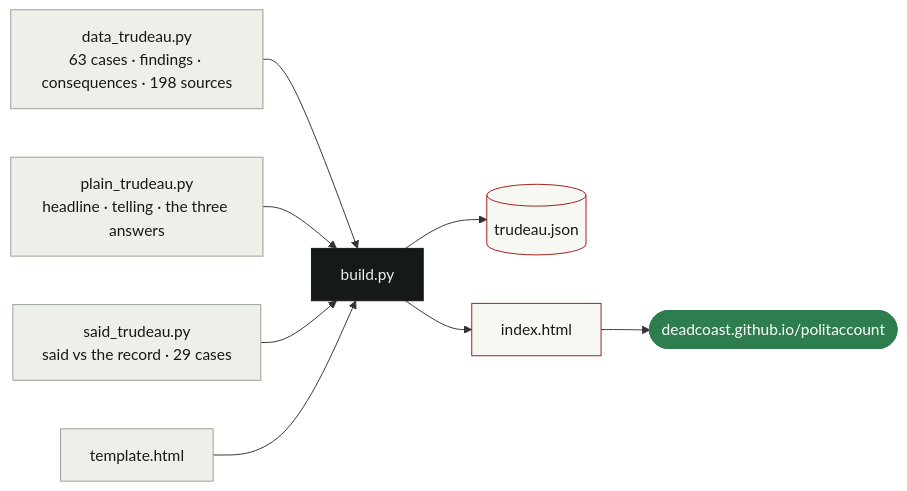
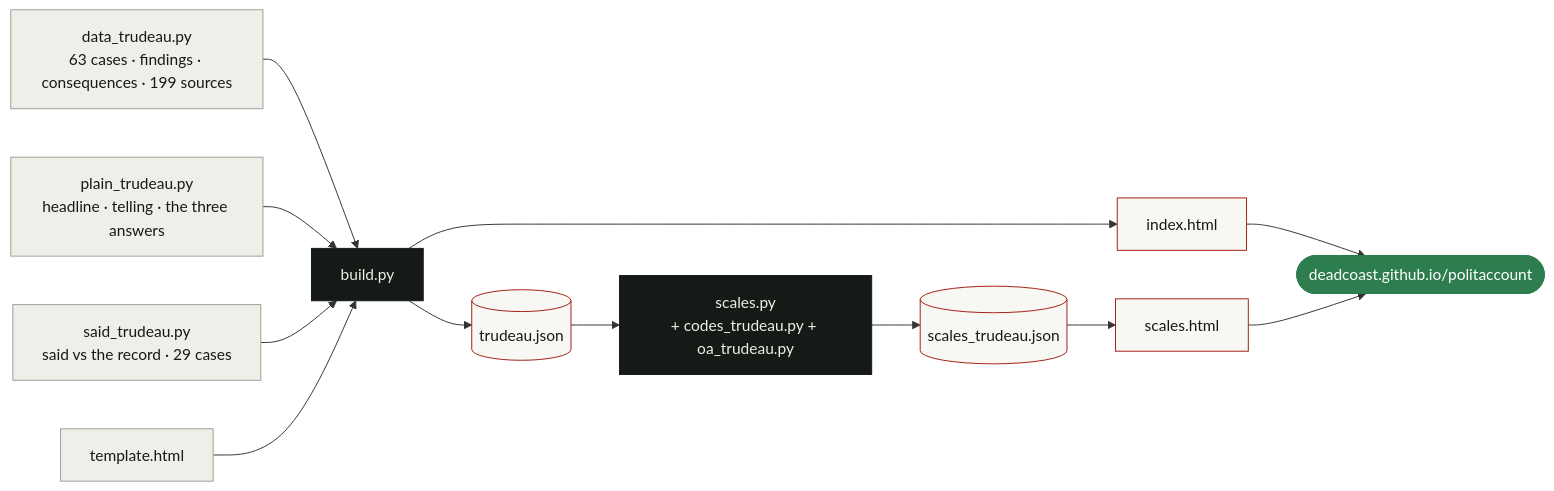
Before and after one commit to deadcoast/politaccount: the third of 3 diagrams in README.md, drawn with Mermaid. The commit also changed other lines of this file and 17 other files, not shown here.

Commit message:
Update Trudeau JSON: Bump version to 1.2.0, increment sources and official_sources, and add new source for fundraising guidelines

````diff
--- a/README.md
+++ b/README.md
@@ -366,18 +384,25 @@
 ```mermaid
 flowchart LR
-    D["data_trudeau.py<br/>63 cases · findings · consequences · 198 sources"] --> B["build.py"]
+    D["data_trudeau.py<br/>63 cases · findings · consequences · 199 sources"] --> B["build.py"]
     P["plain_trudeau.py<br/>headline · telling · the three answers"] --> B
     Q["said_trudeau.py<br/>said vs the record · 29 cases"] --> B
     T["template.html"] --> B
     B --> J[("trudeau.json")]
     B --> H["index.html"]
+    J --> S["scales.py<br/>+ codes_trudeau.py + oa_trudeau.py"]
+    S --> K[("scales_trudeau.json")]
+    K --> L["scales.html"]
     H --> G(["deadcoast.github.io/politaccount"])
+    L --> G
     style D fill:#EDEFE8,stroke:#98A094,color:#151A17
     style P fill:#EDEFE8,stroke:#98A094,color:#151A17
     style Q fill:#EDEFE8,stroke:#98A094,color:#151A17
     style T fill:#EDEFE8,stroke:#98A094,color:#151A17
     style B fill:#151A17,stroke:#151A17,color:#EDEFE8
     style J fill:#F7F8F3,stroke:#A11C15,color:#151A17
     style H fill:#F7F8F3,stroke:#A11C15,color:#151A17
+    style S fill:#151A17,stroke:#151A17,color:#EDEFE8
+    style K fill:#F7F8F3,stroke:#A11C15,color:#151A17
+    style L fill:#F7F8F3,stroke:#A11C15,color:#151A17
     style G fill:#2E7D4F,stroke:#2E7D4F,color:#ffffff
 ```
````
